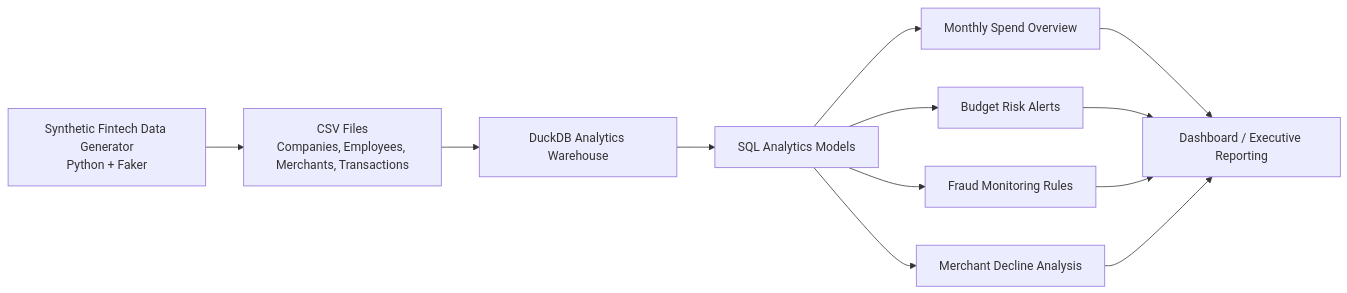
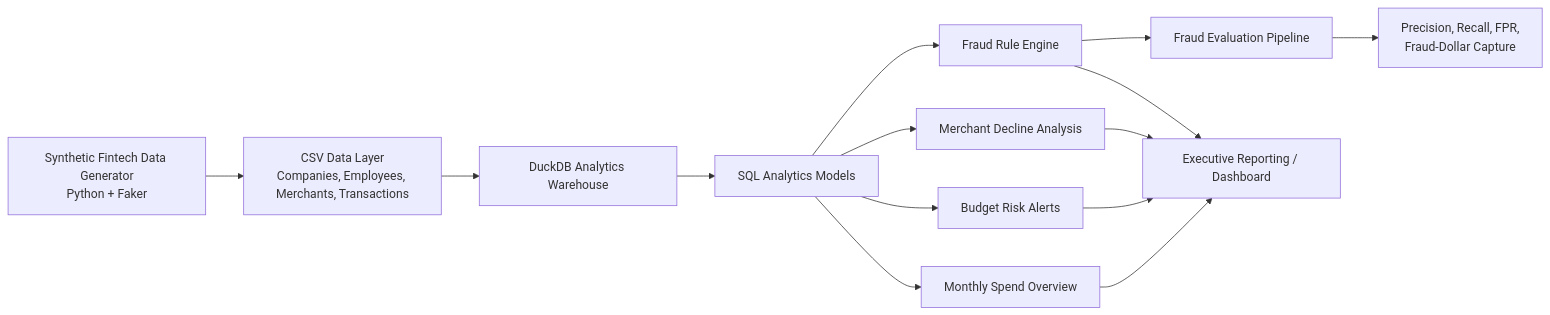
Before and after one commit to Apple32452/Spend-Intelligence-Fraud-Monitoring-Analytics-Platform: the diagram in README.md, drawn with Mermaid. The commit also changed other lines of this file, not shown here.

````diff
--- a/README.md
+++ b/README.md
@@ -25,16 +26,16 @@
 ```mermaid
 flowchart LR
-    A[Synthetic Fintech Data Generator<br/>Python + Faker] --> B[CSV Files<br/>Companies, Employees, Merchants, Transactions]
+    A[Synthetic Fintech Data Generator<br/>Python + Faker] --> B[CSV Data Layer<br/>Companies, Employees, Merchants, Transactions]
     B --> C[DuckDB Analytics Warehouse]
     C --> D[SQL Analytics Models]
-
     D --> E[Monthly Spend Overview]
     D --> F[Budget Risk Alerts]
-    D --> G[Fraud Monitoring Rules]
-    D --> H[Merchant Decline Analysis]
-
-    E --> I[Dashboard / Executive Reporting]
-    F --> I
-    G --> I
-    H --> I
+    D --> G[Merchant Decline Analysis]
+    D --> H[Fraud Rule Engine]
+    H --> I[Fraud Evaluation Pipeline]
+    I --> J[Precision, Recall, FPR,<br/>Fraud-Dollar Capture]
+    E --> K[Executive Reporting / Dashboard]
+    F --> K
+    G --> K
+    H --> K
 ```
````
